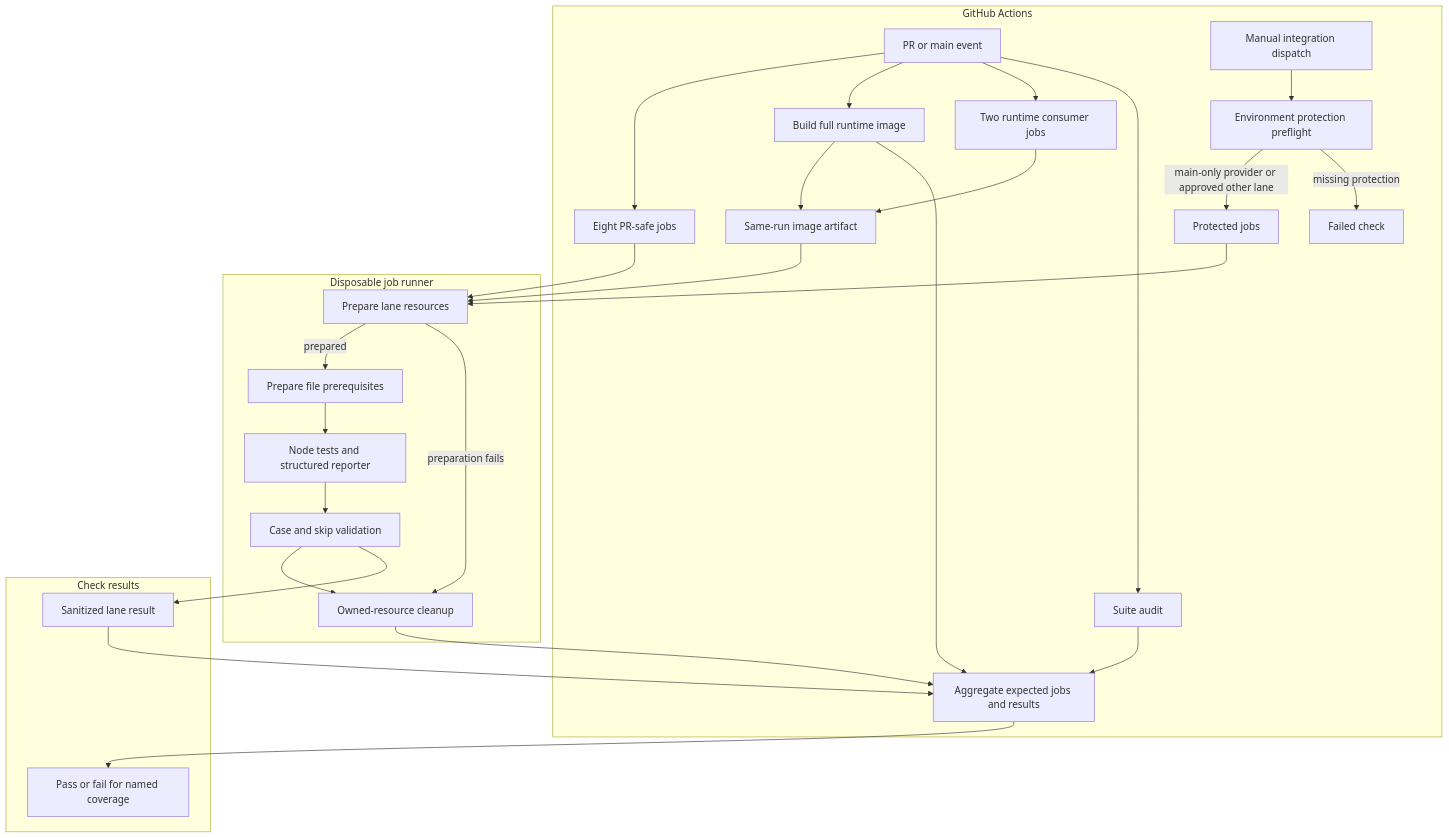
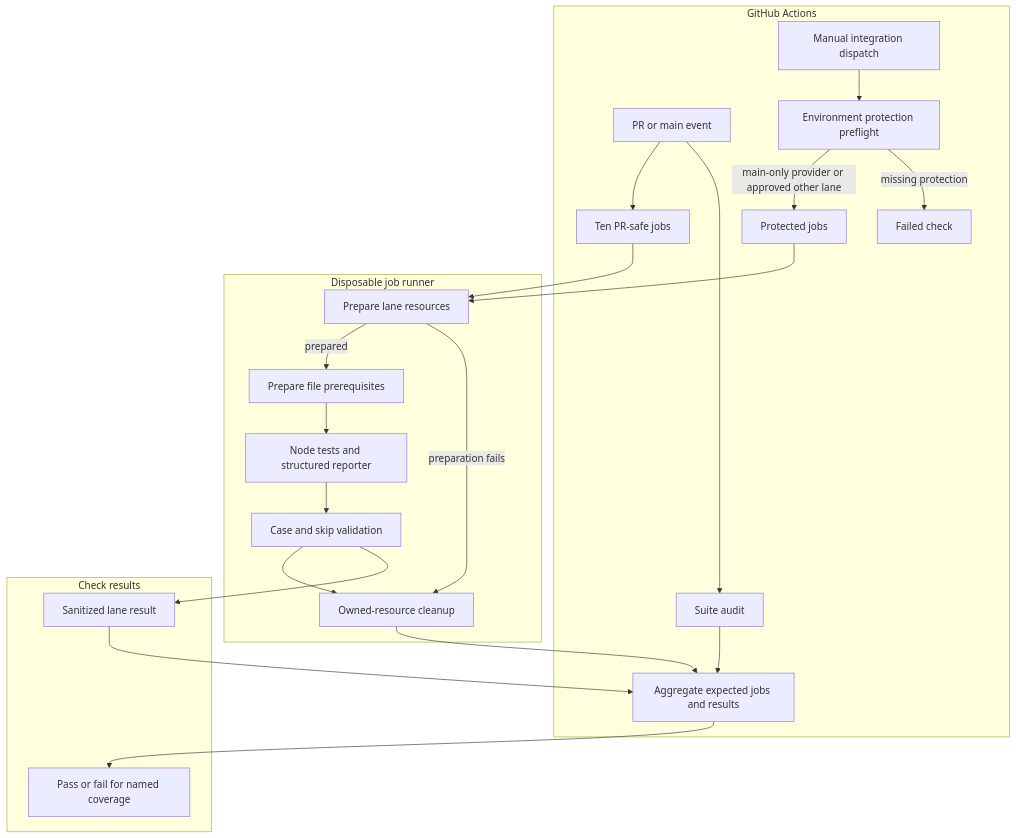
Before and after one commit to openclaw/openclaw-enterprise: the diagram in docs/flows/github-actions-testing.md, drawn with Mermaid. The commit also changed other lines of this file and 8 other files, not shown here.

````diff
--- a/docs/flows/github-actions-testing.md
+++ b/docs/flows/github-actions-testing.md
@@ -21,32 +21,26 @@
 ```mermaid
 graph TD
   subgraph Actions["GitHub Actions"]
-    A["PR or main event"] --> B["Eight PR-safe jobs"]
-    A --> R["Build full runtime image"]
-    A --> S["Two runtime consumer jobs"]
-    R --> Q["Same-run image artifact"]
-    S --> Q
-    R --> L
+    A["PR or main event"] --> B["Ten PR-safe jobs"]
     A --> N["Suite audit"]
     N --> L
     C["Manual integration dispatch"] --> D["Environment protection preflight"]
     D -->|main-only provider or approved other lane| E["Protected jobs"]
     D -->|missing protection| X["Failed check"]
   end
   subgraph Runner["Disposable job runner"]
     B --> F["Prepare lane resources"]
-    Q --> F
     E --> F
     F -->|prepared| G["Prepare file prerequisites"]
     G --> H["Node tests and structured reporter"]
     H --> I["Case and skip validation"]
     F -->|preparation fails| J["Owned-resource cleanup"]
     I --> J
   end
   subgraph Results["Check results"]
     I --> K["Sanitized lane result"]
     J --> L["Aggregate expected jobs and results"]
     K --> L
     L --> M["Pass or fail for named coverage"]
   end
 ```
````
